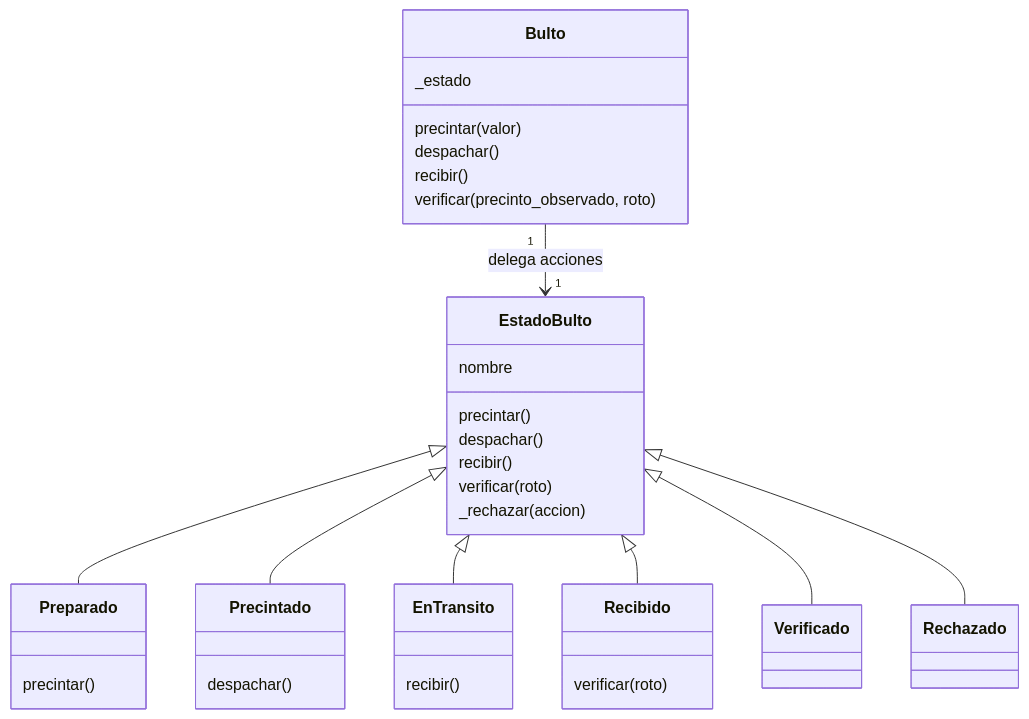
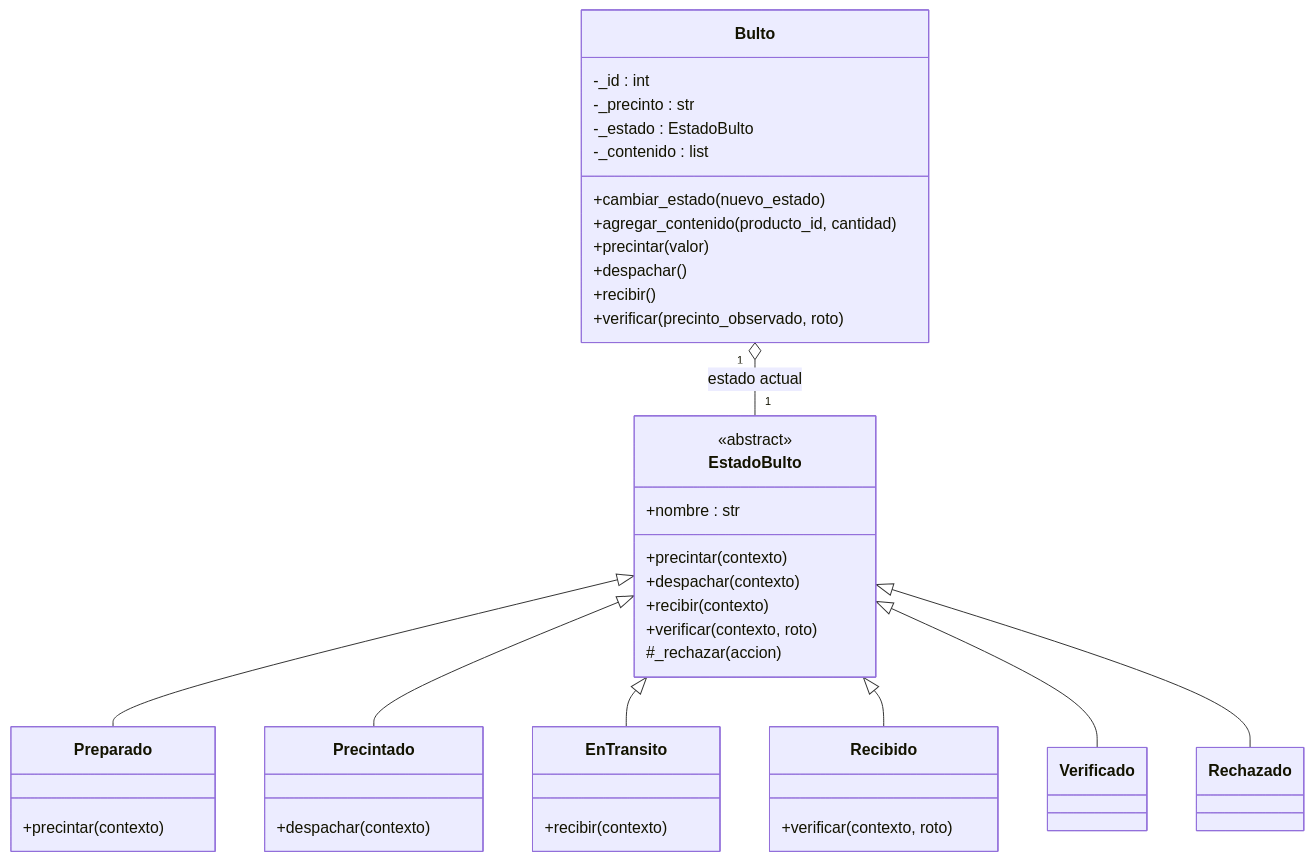
One commit to toledoantonio/G41_TPI_DAO_Sistema_Ventas_Inventario changed the diagram in docs/diagramas/state_clases.mmd. Above: the diagram before and after it, drawn with Mermaid. The commit also changed 25 other files, not shown here.

```diff
--- a/docs/diagramas/state_clases.mmd
+++ b/docs/diagramas/state_clases.mmd
@@ -1,37 +1,43 @@
 classDiagram
     class Bulto {
-        _estado
-        precintar(valor)
-        despachar()
-        recibir()
-        verificar(precinto_observado, roto)
+        -_id : int
+        -_precinto : str
+        -_estado : EstadoBulto
+        -_contenido : list
+        +cambiar_estado(nuevo_estado)
+        +agregar_contenido(producto_id, cantidad)
+        +precintar(valor)
+        +despachar()
+        +recibir()
+        +verificar(precinto_observado, roto)
     }
     class EstadoBulto {
-        nombre
-        precintar()
-        despachar()
-        recibir()
-        verificar(roto)
-        _rechazar(accion)
+        <<abstract>>
+        +nombre : str
+        +precintar(contexto)
+        +despachar(contexto)
+        +recibir(contexto)
+        +verificar(contexto, roto)
+        #_rechazar(accion)
     }
     class Preparado {
-        precintar()
+        +precintar(contexto)
     }
     class Precintado {
-        despachar()
+        +despachar(contexto)
     }
     class EnTransito {
-        recibir()
+        +recibir(contexto)
     }
     class Recibido {
-        verificar(roto)
+        +verificar(contexto, roto)
     }
     class Verificado
     class Rechazado
-    Bulto "1" --> "1" EstadoBulto : delega acciones
+    Bulto "1" o-- "1" EstadoBulto : estado actual
     EstadoBulto <|-- Preparado
     EstadoBulto <|-- Precintado
     EstadoBulto <|-- EnTransito
     EstadoBulto <|-- Recibido
     EstadoBulto <|-- Verificado
     EstadoBulto <|-- Rechazado
```
